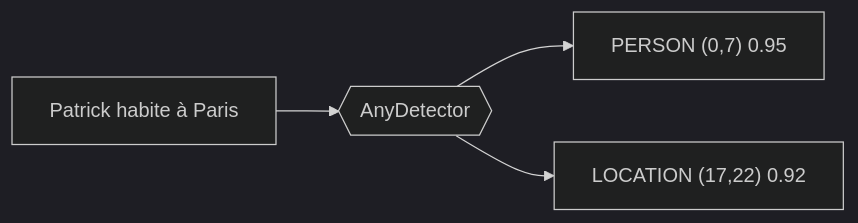
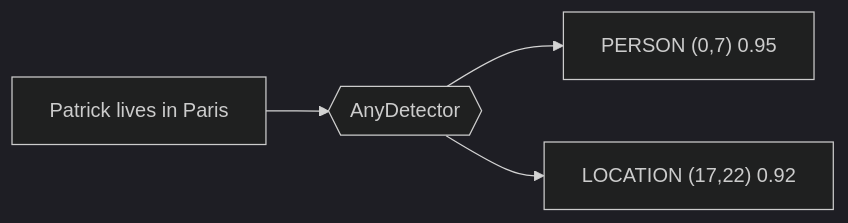
The first of 4 diagrams in docs/en/conception.md (Athroniaeth/piighost), drawn with Mermaid (dark theme) before and after one commit. The commit also changed other lines of this file and 77 other files, not shown here.

````diff
--- a/docs/en/conception.md
+++ b/docs/en/conception.md
@@ -43,6 +43,6 @@
 ```mermaid
 flowchart LR
-    T["Patrick habite à Paris"] --> D{{"AnyDetector"}}
+    T["Patrick lives in Paris"] --> D{{"AnyDetector"}}
     D --> R1["PERSON (0,7) 0.95"]
     D --> R2["LOCATION (17,22) 0.92"]
 ```
````
